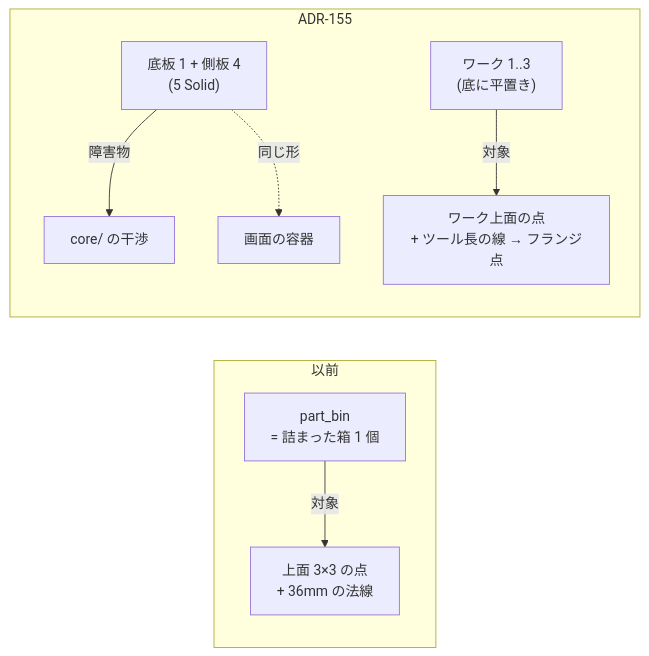
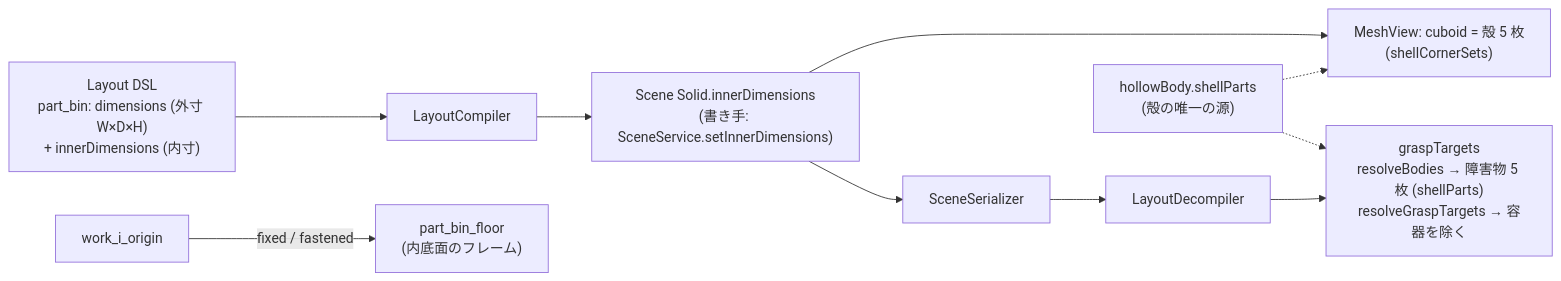
Before and after one commit to yuubae215/easy-extrude: the diagram in docs/adr/ADR-155-the-tool-is-drawn-at-its-length-and-the-bin-is-a-shell.md, drawn with Mermaid. The commit also changed other lines of this file and 34 other files, not shown here.

First line of the commit message:
fix(grasp): 容器を外寸 + 内寸の 1 実体に戻し、殻を 1 か所から導出する — 語彙の迂回を 5 つ解消 (ADR-155 改訂)

````diff
--- a/docs/adr/ADR-155-the-tool-is-drawn-at-its-length-and-the-bin-is-a-shell.md
+++ b/docs/adr/ADR-155-the-tool-is-drawn-at-its-length-and-the-bin-is-a-shell.md
@@ -32,11 +36,10 @@
 ```mermaid
 flowchart LR
-  subgraph 以前
-    B1["part_bin<br/>= 詰まった箱 1 個"] -->|対象| S1["上面 3×3 の点<br/>+ 36mm の法線"]
-  end
-  subgraph ADR-155
-    F["底板 1 + 側板 4<br/>(5 Solid)"] -->|障害物| C["core/ の干渉"]
-    W["ワーク 1..3<br/>(底に平置き)"] -->|対象| S2["ワーク上面の点<br/>+ ツール長の線 → フランジ点"]
-    F -.同じ形.-> V["画面の容器"]
-  end
+  DSL["Layout DSL<br/>part_bin: dimensions (外寸 W×D×H)<br/>+ innerDimensions (内寸)"] --> C[LayoutCompiler]
+  C --> S["Scene Solid.innerDimensions<br/>(書き手: SceneService.setInnerDimensions)"]
+  S --> V["MeshView: cuboid = 殻 5 枚<br/>(shellCornerSets)"]
+  S --> SER[SceneSerializer] --> DEC[LayoutDecompiler] --> G["graspTargets<br/>resolveBodies → 障害物 5 枚 (shellParts)<br/>resolveGraspTargets → 容器を除く"]
+  H["hollowBody.shellParts<br/>(殻の唯一の源)"] -.-> V
+  H -.-> G
+  W["work_i_origin"] -- "fixed / fastened" --> F["part_bin_floor<br/>(内底面のフレーム)"]
 ```
````
